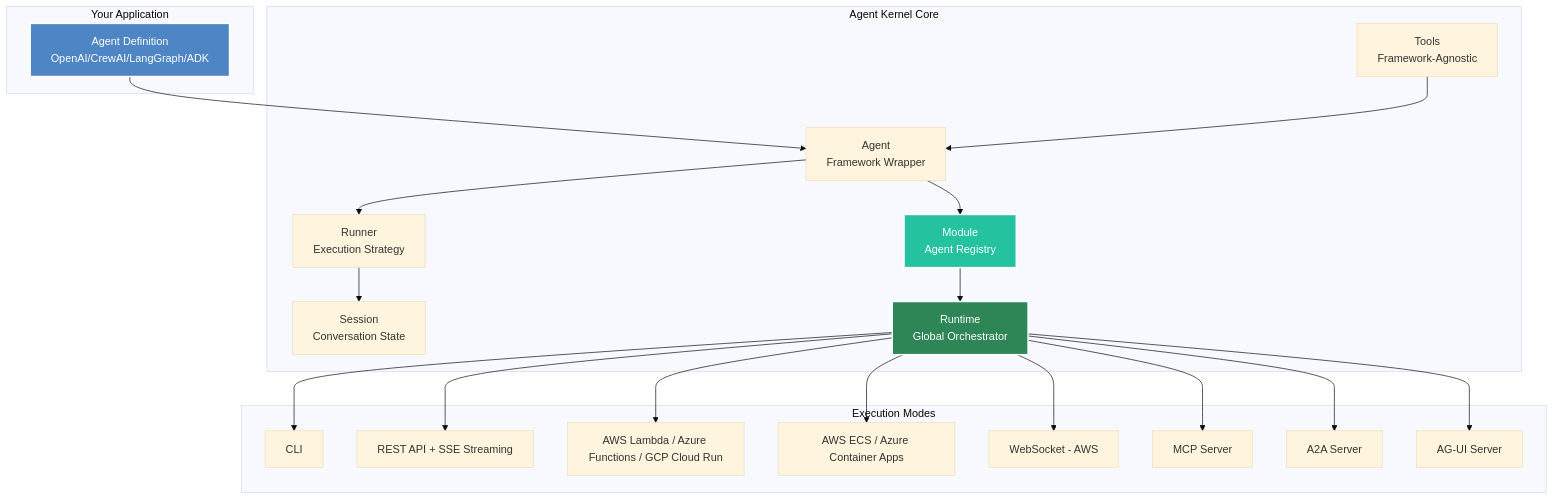
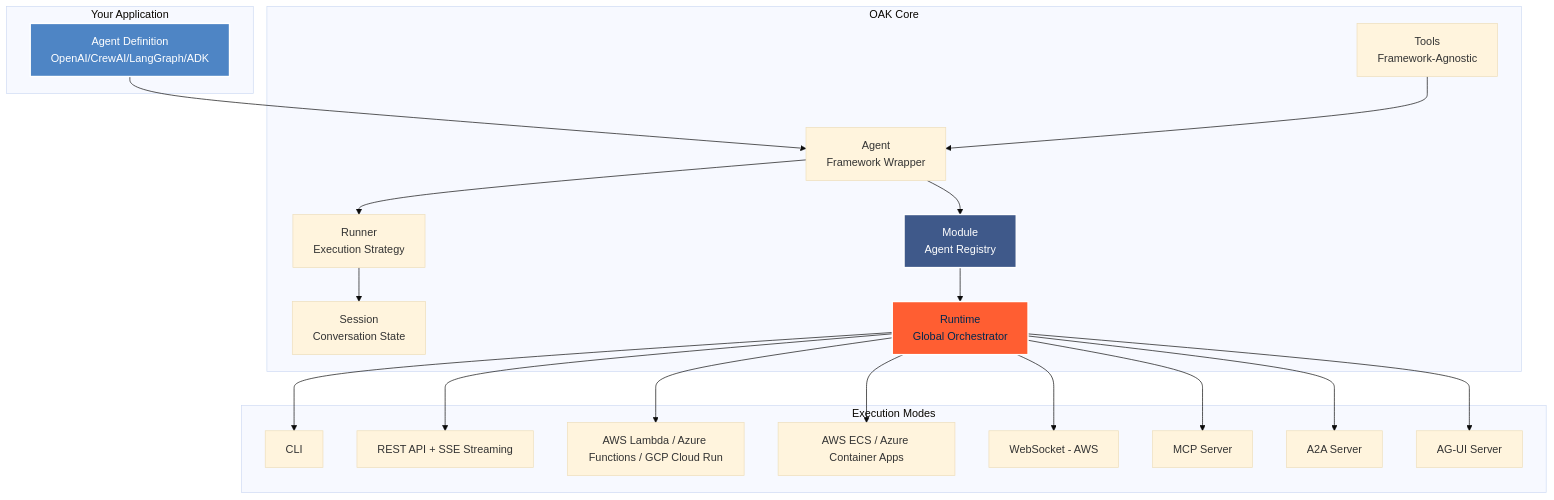
The first of 4 diagrams in docs/docs/core-concepts/overview.md (yaalalabs/agent-kernel), drawn with Mermaid (base theme) before and after one commit. The commit also changed other lines of this file and 444 other files, not shown here.

````diff
--- a/docs/docs/core-concepts/overview.md
+++ b/docs/docs/core-concepts/overview.md
@@ -11,45 +11,45 @@
 ```mermaid
 graph TB
     subgraph "Your Application"
         A[Agent Definition<br/>OpenAI/CrewAI/LangGraph/ADK]
     end
     
-    subgraph "Agent Kernel Core"
+    subgraph "OAK Core"
         B[Agent<br/>Framework Wrapper]
         T[Tools<br/>Framework-Agnostic]
         C[Runner<br/>Execution Strategy]
         D[Session<br/>Conversation State]
         E[Module<br/>Agent Registry]
         F[Runtime<br/>Global Orchestrator]
     end
     
     subgraph "Execution Modes"
         G[CLI]
         H[REST API + SSE Streaming]
         I[AWS Lambda / Azure Functions / GCP Cloud Run]
         J[AWS ECS / Azure Container Apps]
         W[WebSocket - AWS]
         K[MCP Server]
         L[A2A Server]
         M[AG-UI Server]
     end
     
     A --> B
     T --> B
     B --> C
     C --> D
     E --> F
     B --> E
     F --> G
     F --> H
     F --> I
     F --> J
     F --> W
     F --> K
     F --> L
     F --> M
     
     style A fill:#4e85c5,stroke:#fff,stroke-width:2px,color:#fff
-    style F fill:#2e8555,stroke:#fff,stroke-width:2px,color:#fff
-    style E fill:#25c2a0,stroke:#fff,stroke-width:2px,color:#fff
+    style F fill:#FF5E32,stroke:#fff,stroke-width:2px,color:#02284F
+    style E fill:#3F598A,stroke:#fff,stroke-width:2px,color:#fff
 ```
````
